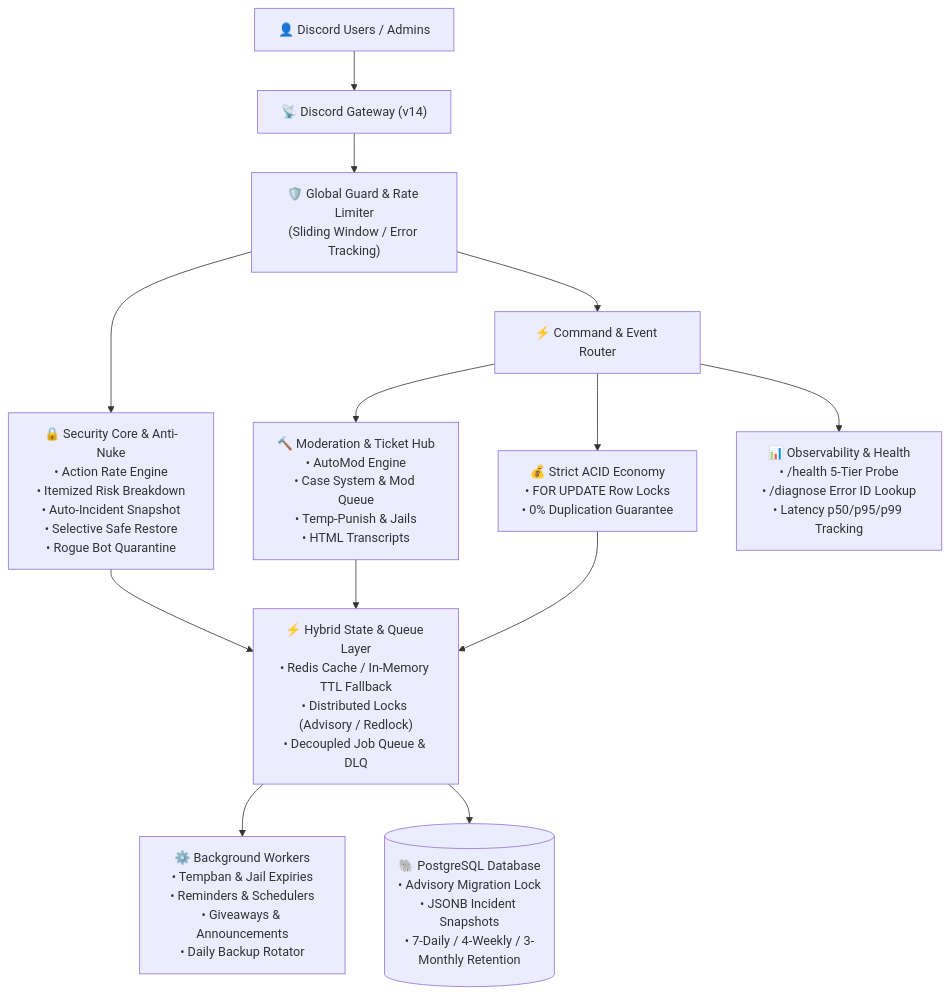
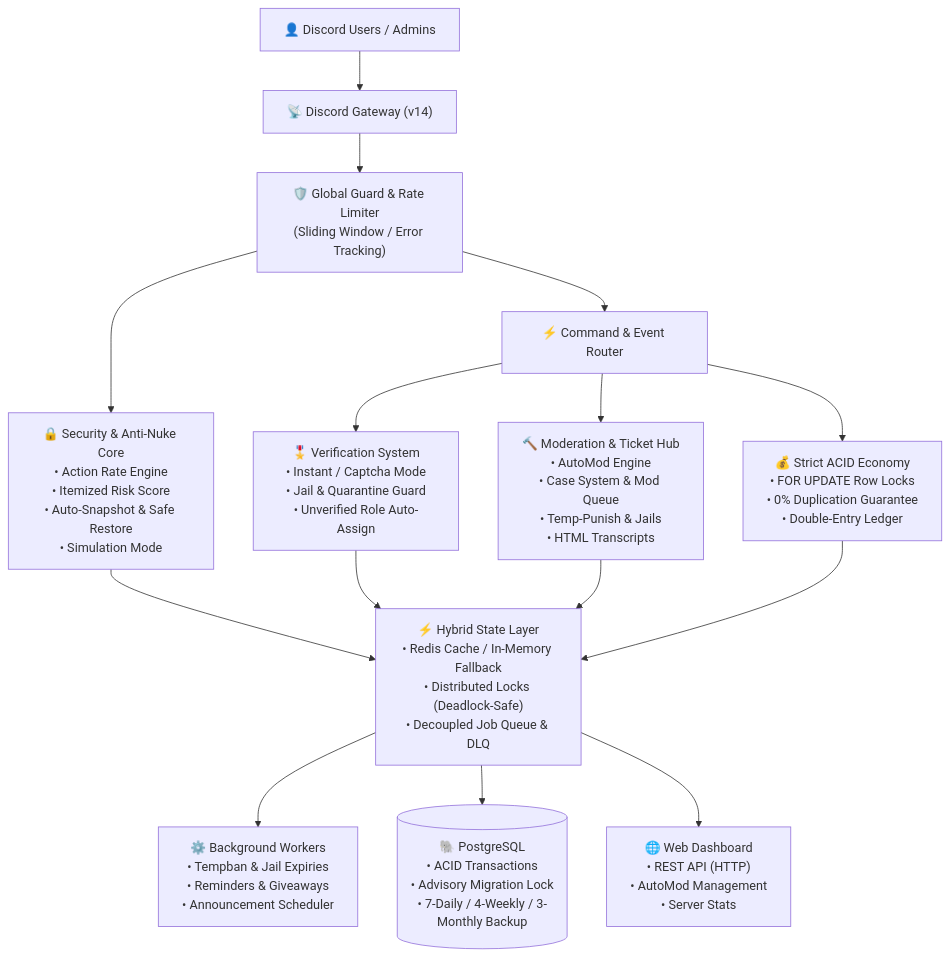
One commit to teerateeranun0-art/txzz_bot changed the diagram in README.md. Above: the diagram before and after it, drawn with Mermaid. The commit also changed other lines of this file and 21 other files, not shown here.

````diff
--- a/README.md
+++ b/README.md
@@ -15,18 +52,18 @@
 ```mermaid
 graph TD
     User["👤 Discord Users / Admins"] --> Gateway["📡 Discord Gateway (v14)"]
     Gateway --> Guard["🛡️ Global Guard & Rate Limiter\n(Sliding Window / Error Tracking)"]
-    
-    Guard --> Security["🔒 Security Core & Anti-Nuke\n• Action Rate Engine\n• Itemized Risk Breakdown\n• Auto-Incident Snapshot\n• Selective Safe Restore\n• Rogue Bot Quarantine"]
+
+    Guard --> Security["🔒 Security & Anti-Nuke Core\n• Action Rate Engine\n• Itemized Risk Score\n• Auto-Snapshot & Safe Restore\n• Simulation Mode"]
     Guard --> Router["⚡ Command & Event Router"]
-    
+
+    Router --> Verify["🎖️ Verification System\n• Instant / Captcha Mode\n• Jail & Quarantine Guard\n• Unverified Role Auto-Assign"]
     Router --> ModTicket["🔨 Moderation & Ticket Hub\n• AutoMod Engine\n• Case System & Mod Queue\n• Temp-Punish & Jails\n• HTML Transcripts"]
-    Router --> Economy["💰 Strict ACID Economy\n• FOR UPDATE Row Locks\n• 0% Duplication Guarantee"]
-    Router --> Diagnostics["📊 Observability & Health\n• /health 5-Tier Probe\n• /diagnose Error ID Lookup\n• Latency p50/p95/p99 Tracking"]
-    
-    Security & ModTicket & Economy --> StateLayer["⚡ Hybrid State & Queue Layer\n• Redis Cache / In-Memory TTL Fallback\n• Distributed Locks (Advisory / Redlock)\n• Decoupled Job Queue & DLQ"]
-    
-    StateLayer --> Workers["⚙️ Background Workers\n• Tempban & Jail Expiries\n• Reminders & Schedulers\n• Giveaways & Announcements\n• Daily Backup Rotator"]
-    
-    StateLayer --> PostgreSQL[("🐘 PostgreSQL Database\n• Advisory Migration Lock\n• JSONB Incident Snapshots\n• 7-Daily / 4-Weekly / 3-Monthly Retention")]
+    Router --> Economy["💰 Strict ACID Economy\n• FOR UPDATE Row Locks\n• 0% Duplication Guarantee\n• Double-Entry Ledger"]
+
+    Security & Verify & ModTicket & Economy --> StateLayer["⚡ Hybrid State Layer\n• Redis Cache / In-Memory Fallback\n• Distributed Locks (Deadlock-Safe)\n• Decoupled Job Queue & DLQ"]
+
+    StateLayer --> Workers["⚙️ Background Workers\n• Tempban & Jail Expiries\n• Reminders & Giveaways\n• Announcement Scheduler"]
+    StateLayer --> PostgreSQL[("🐘 PostgreSQL\n• ACID Transactions\n• Advisory Migration Lock\n• 7-Daily / 4-Weekly / 3-Monthly Backup")]
+    StateLayer --> Dashboard["🌐 Web Dashboard\n• REST API (HTTP)\n• AutoMod Management\n• Server Stats"]
 ```
````
